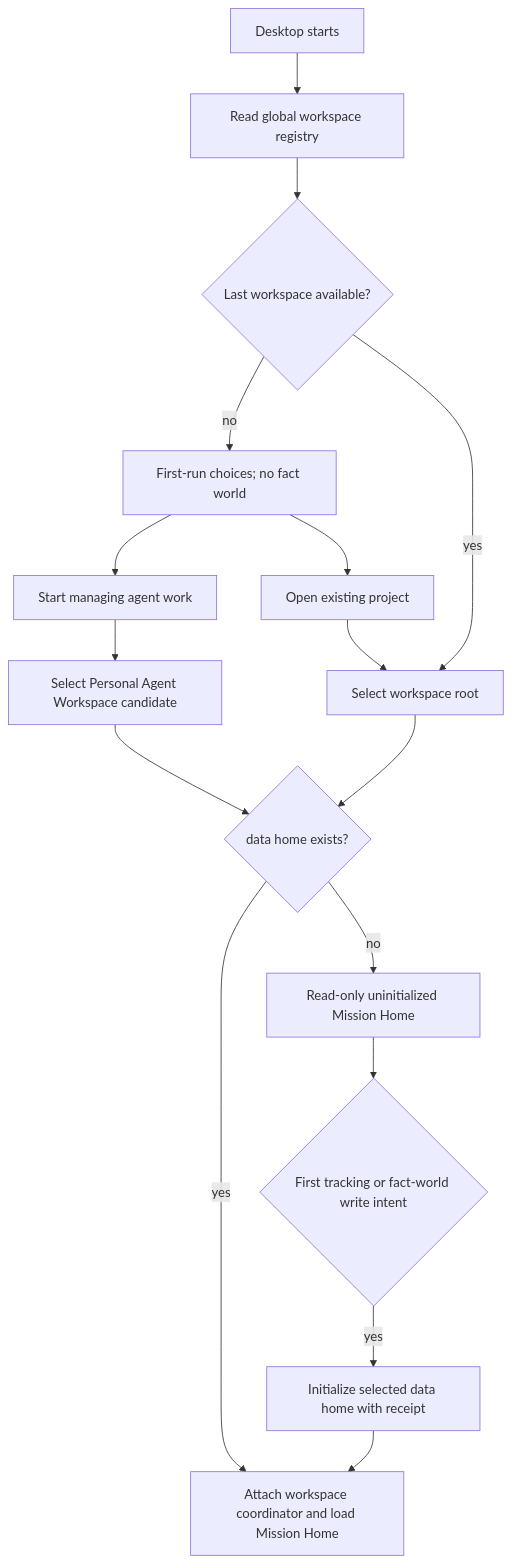
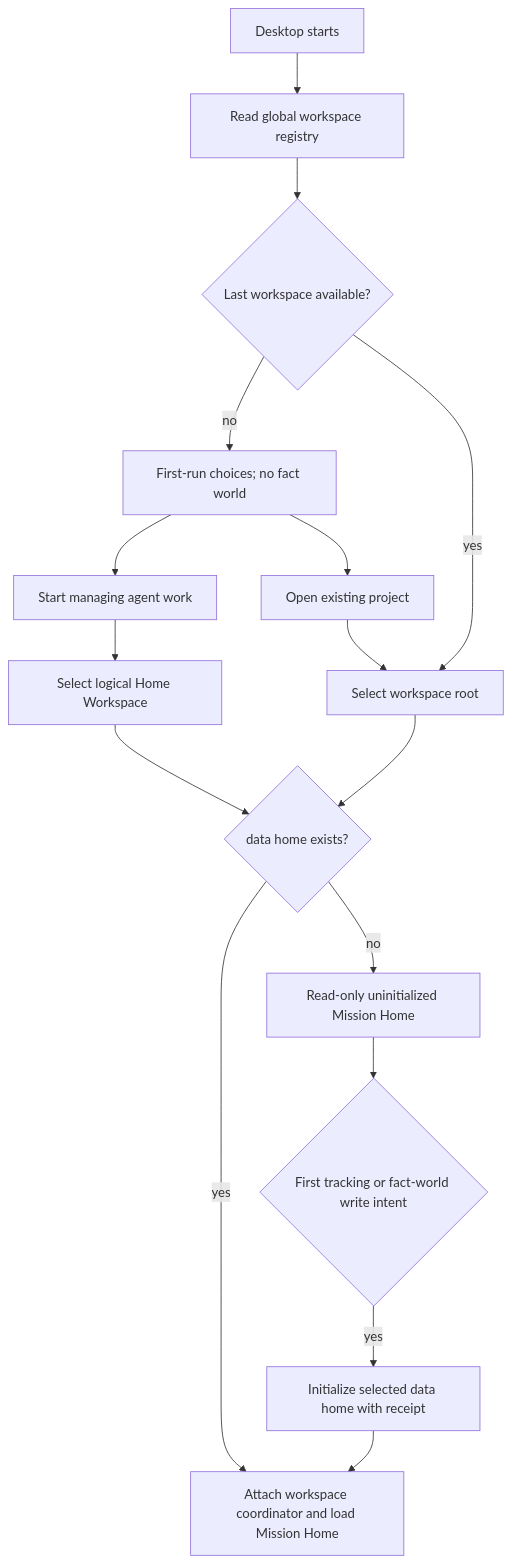
Before and after one commit to PterX/kungfu: the diagram in docs/mission-control-workspaces.md, drawn with Mermaid. The commit also changed other lines of this file and 5 other files, not shown here.

````diff
--- a/docs/mission-control-workspaces.md
+++ b/docs/mission-control-workspaces.md
@@ -56,18 +56,18 @@
 ```mermaid
 flowchart TD
   A["Desktop starts"] --> B["Read global workspace registry"]
   B --> C{"Last workspace available?"}
   C -- "no" --> D["First-run choices; no fact world"]
   D --> P["Start managing agent work"]
   D --> O["Open existing project"]
-  P --> Q["Select Personal Agent Workspace candidate"]
+  P --> Q["Select logical Home Workspace"]
   O --> E
   C -- "yes" --> E["Select workspace root"]
   Q --> F{"data home exists?"}
   E --> F
   F -- "yes" --> G["Attach workspace coordinator and load Mission Home"]
   F -- "no" --> H["Read-only uninitialized Mission Home"]
   H --> I{"First tracking or fact-world write intent"}
   I -- "yes" --> J["Initialize selected data home with receipt"]
   J --> G
 ```
````
